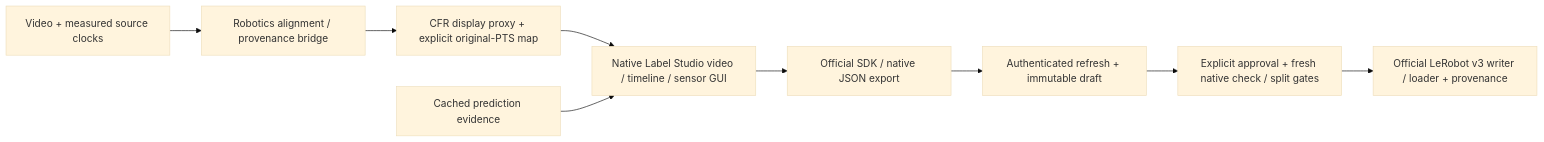
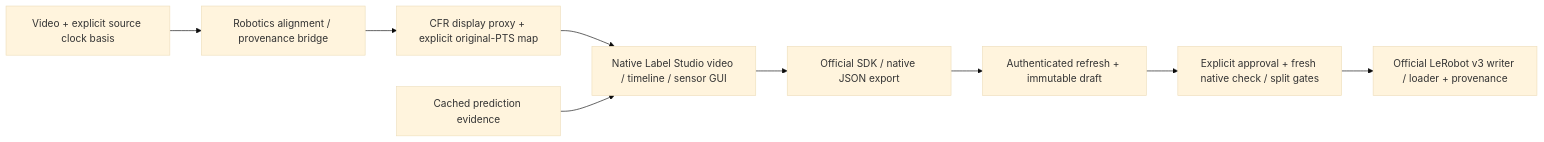
Before and after one commit to dyl-joseph/auto-robo-pipeline: the diagram in README.md, drawn with Mermaid (base theme). The commit also changed other lines of this file and 7 other files, not shown here.

````diff
--- a/README.md
+++ b/README.md
@@ -32,11 +32,11 @@
 ```mermaid
 flowchart LR
-    A[Video + measured source clocks] --> B[Robotics alignment / provenance bridge]
+    A[Video + explicit source clock basis] --> B[Robotics alignment / provenance bridge]
     B --> C[CFR display proxy + explicit original-PTS map]
     C --> D[Native Label Studio video / timeline / sensor GUI]
     E[Cached prediction evidence] --> D
     D --> F[Official SDK / native JSON export]
     F --> G[Authenticated refresh + immutable draft]
     G --> H[Explicit approval + fresh native check / split gates]
     H --> I[Official LeRobot v3 writer / loader + provenance]
 ```
````
